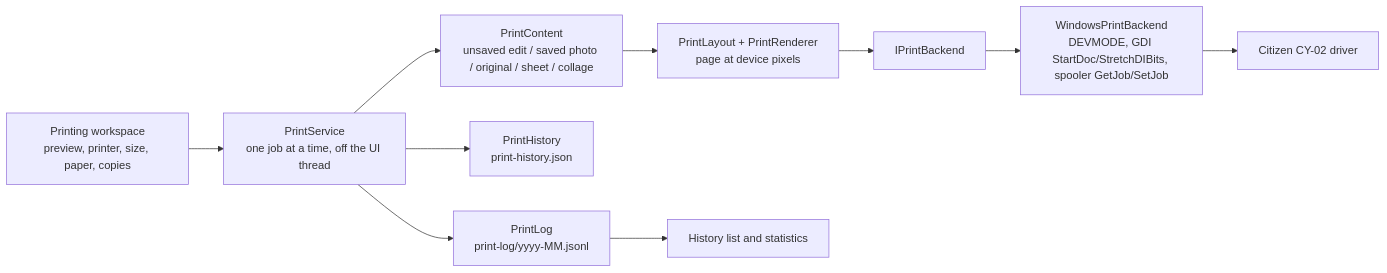
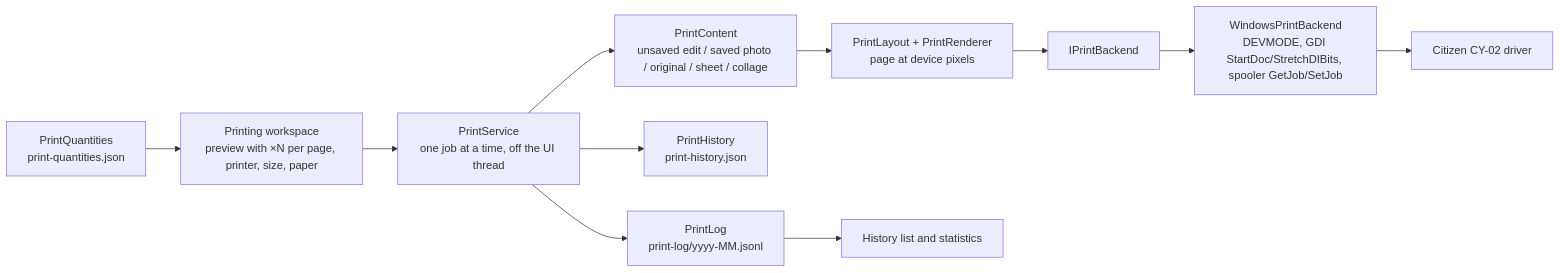
The third of 3 diagrams in docs/ARCHITECTURE.md (NorbCraft/PhotoX), drawn with Mermaid before and after one commit. The commit also changed other lines of this file and 10 other files, not shown here.

First line of the commit message:
docs: PhotoX 0.12.0 for prompt_09 (print quantities and UI fixes)

````diff
--- a/docs/ARCHITECTURE.md
+++ b/docs/ARCHITECTURE.md
@@ -266,12 +267,13 @@
 ```mermaid
 flowchart LR
-    Workspace[Printing workspace<br/>preview, printer, size, paper, copies] --> Queue[PrintService<br/>one job at a time, off the UI thread]
+    Workspace[Printing workspace<br/>preview with ×N per page, printer, size, paper] --> Queue[PrintService<br/>one job at a time, off the UI thread]
     Queue --> Content[PrintContent<br/>unsaved edit / saved photo / original / sheet / collage]
     Content --> Page[PrintLayout + PrintRenderer<br/>page at device pixels]
     Page --> Backend[IPrintBackend]
     Backend --> Win[WindowsPrintBackend<br/>DEVMODE, GDI StartDoc/StretchDIBits, spooler GetJob/SetJob]
     Win --> Driver[Citizen CY-02 driver]
     Queue --> History[PrintHistory<br/>print-history.json]
+    Quantities[PrintQuantities<br/>print-quantities.json] --> Workspace
     Queue --> Log[PrintLog<br/>print-log/yyyy-MM.jsonl]
     Log --> Stats[History list and statistics]
 ```
````
